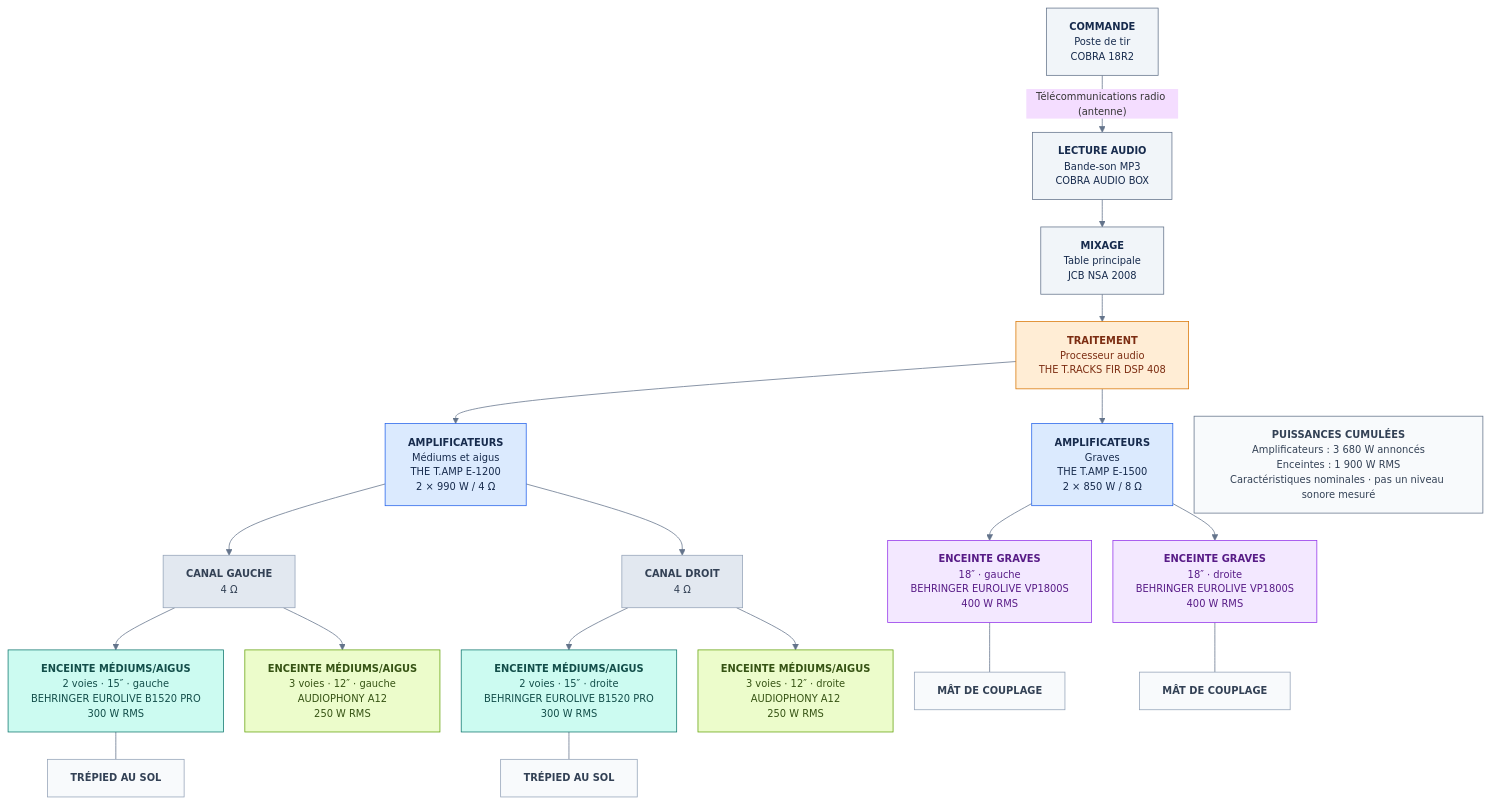
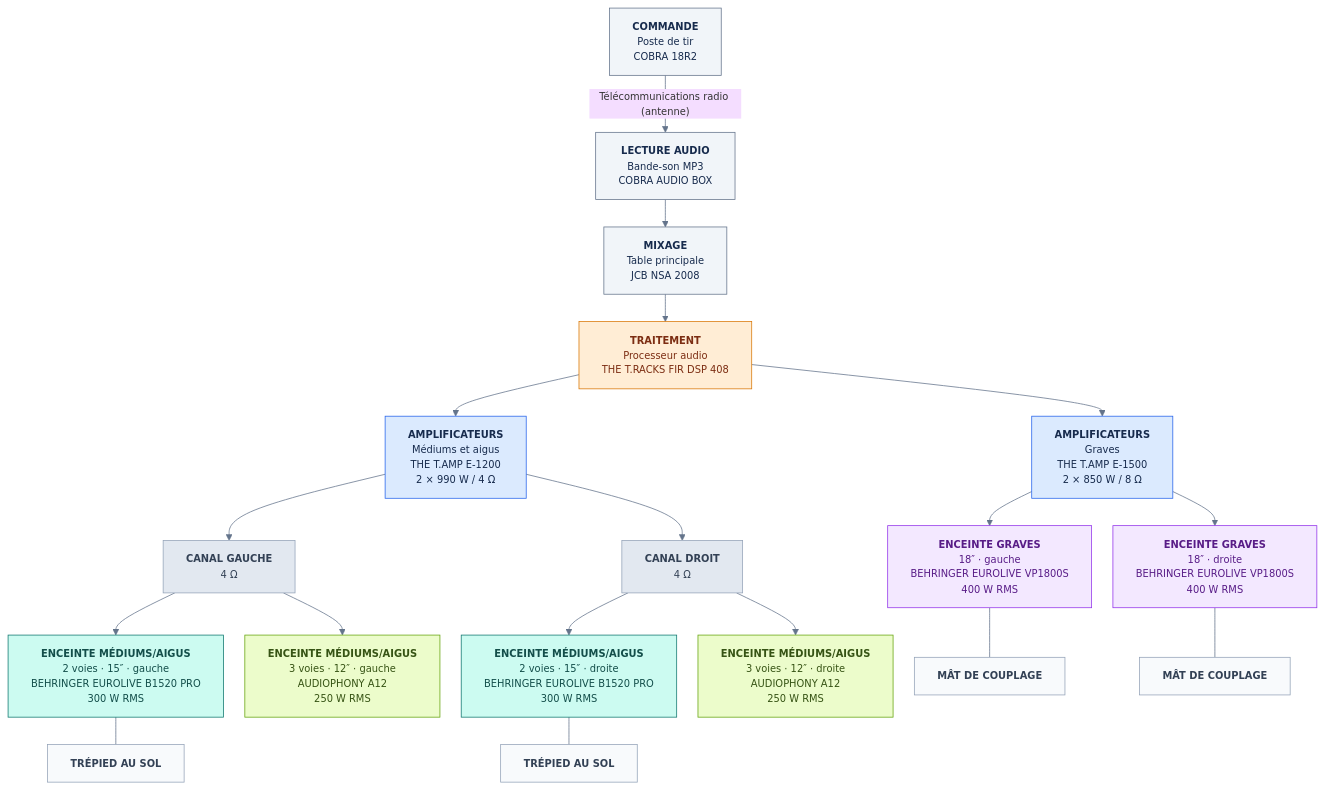
The first of 3 diagrams in README.md (HAZIT-FR/PGE-SONO), drawn with Mermaid before and after one commit. The commit also changed other lines of this file, not shown here.

Commit message:
docs: déplacer le bilan des puissances sous le schéma audio

```diff
--- a/README.md
+++ b/README.md
@@ -34,63 +34,58 @@
 ~~~mermaid
 %%{init: {"flowchart": {"nodeSpacing": 28, "rankSpacing": 36, "htmlLabels": true, "wrappingWidth": 320}, "theme": "base", "themeVariables": {"fontSize": "13px", "lineColor": "#64748b"}}}%%
 flowchart TB
   A["<b>COMMANDE</b><br/>Poste de tir<br/>COBRA 18R2"]
   B["<b>LECTURE AUDIO</b><br/>Bande-son MP3<br/>COBRA AUDIO BOX"]
   C["<b>MIXAGE</b><br/>Table principale<br/>JCB NSA 2008"]
   D["<b>TRAITEMENT</b><br/>Processeur audio<br/>THE T.RACKS FIR DSP 408"]
   E["<b>AMPLIFICATEURS</b><br/>Médiums et aigus<br/>THE T.AMP E-1200<br/>2 × 990 W / 4 Ω"]
   F["<b>AMPLIFICATEURS</b><br/>Graves<br/>THE T.AMP E-1500<br/>2 × 850 W / 8 Ω"]
   LG["<b>CANAL GAUCHE</b><br/>4 Ω"]
   LD["<b>CANAL DROIT</b><br/>4 Ω"]
   BG["<b>ENCEINTE MÉDIUMS/AIGUS</b><br/>2 voies · 15″ · gauche<br/>BEHRINGER EUROLIVE B1520 PRO<br/>300 W RMS"]
   BD["<b>ENCEINTE MÉDIUMS/AIGUS</b><br/>2 voies · 15″ · droite<br/>BEHRINGER EUROLIVE B1520 PRO<br/>300 W RMS"]
   AG["<b>ENCEINTE MÉDIUMS/AIGUS</b><br/>3 voies · 12″ · gauche<br/>AUDIOPHONY A12<br/>250 W RMS"]
   AD["<b>ENCEINTE MÉDIUMS/AIGUS</b><br/>3 voies · 12″ · droite<br/>AUDIOPHONY A12<br/>250 W RMS"]
   SG["<b>ENCEINTE GRAVES</b><br/>18″ · gauche<br/>BEHRINGER EUROLIVE VP1800S<br/>400 W RMS"]
   SD["<b>ENCEINTE GRAVES</b><br/>18″ · droite<br/>BEHRINGER EUROLIVE VP1800S<br/>400 W RMS"]
 
   TG["<b>TRÉPIED AU SOL</b>"]
   TD["<b>TRÉPIED AU SOL</b>"]
   MG["<b>MÂT DE COUPLAGE</b>"]
   MD["<b>MÂT DE COUPLAGE</b>"]
-  P["<b>PUISSANCES CUMULÉES</b><br/>Amplificateurs : 3 680 W annoncés<br/>Enceintes : 1 900 W RMS<br/>Caractéristiques nominales · pas un niveau sonore mesuré"]
 
   A -- "Télécommunications radio (antenne)" --> B
   B --> C --> D
   D --> E
   D --> F
   E --> LG
   E --> LD
   LG --> BG
   LG --> AG
   LD --> BD
   LD --> AD
   F --> SG
   F --> SD
 
   BG --- TG
   BD --- TD
   SG --- MG
   SD --- MD
 
-  D ~~~ P
-
   classDef commande fill:#f1f5f9,stroke:#64748b,color:#172b4d;
   classDef processeur fill:#ffedd5,stroke:#d97706,color:#7c2d12;
   classDef amplis fill:#dbeafe,stroke:#2563eb,color:#172b4d;
   classDef canaux fill:#e2e8f0,stroke:#94a3b8,color:#334155;
   classDef principales fill:#ccfbf1,stroke:#0f766e,color:#134e4a;
   classDef appoint fill:#ecfccb,stroke:#65a30d,color:#365314;
   classDef basses fill:#f3e8ff,stroke:#9333ea,color:#581c87;
   classDef support fill:#f8fafc,stroke:#94a3b8,color:#334155;
-  classDef bilan fill:#f8fafc,stroke:#64748b,color:#334155;
   class A,B,C commande;
   class D processeur;
   class E,F amplis;
   class LG,LD canaux;
   class BG,BD principales;
   class AG,AD appoint;
   class SG,SD basses;
   class TG,TD,MG,MD support;
-  class P bilan;
 ~~~
```
